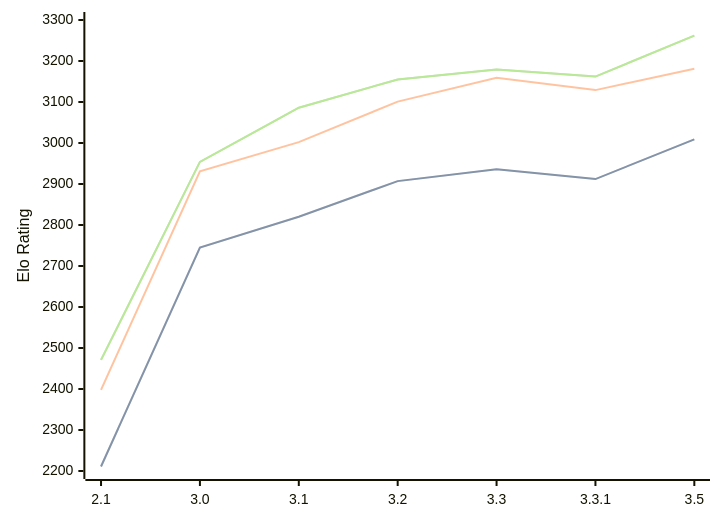
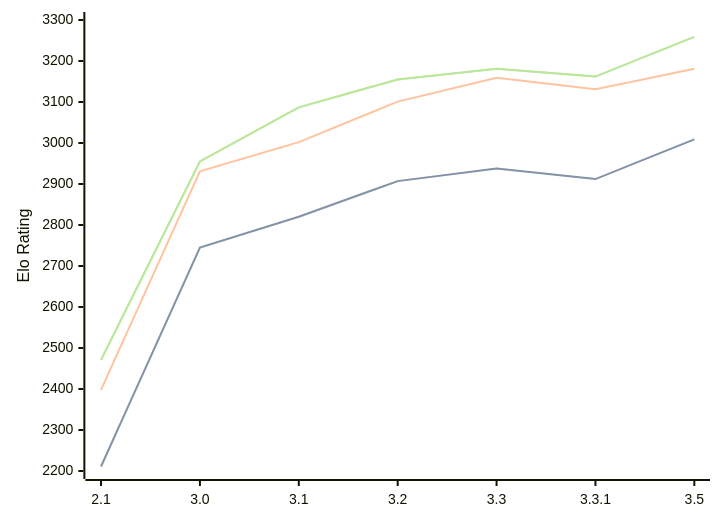
The diagram in engines/Petrel.md (computer-chess-index/cci), drawn with Mermaid before and after one commit. The commit also changed other lines of this file, not shown here.

Commit message:
Update CCI Ratings (ELO VLTC) - 2026-08-05

````diff
--- a/engines/Petrel.md
+++ b/engines/Petrel.md
@@ -46,11 +52,11 @@
 ```mermaid
 %%{init: {"theme":"base","themeVariables":{"seriesColors:['#a3a3a3','#222221','#faa371']}}}%%
 xychart-beta
   x-axis ["2.1", "3.0", "3.1", "3.2", "3.3", "3.3.1", "3.5"]
   y-axis "Elo Rating" 2200 --> 3300
-  line "STC (8.0+0.08s)" [2211, 2745, 2820, 2907, 2936, 2912, 3009]
-  line "STC (8.0+0.08s)" [2211, 2745, 2820, 2907, 2936, 2912, 3009]
-  line "LTC (60.0+0.60s)" [2398, 2931, 3002, 3101, 3159, 3129, 3181]
-  line "VLTC (2m24s+1.12s)" [2471, 2954, 3086, 3155, 3179, 3162, 3262]
-  line "VLTC (2m24s+1.12s)" [2471, 2954, 3086, 3155, 3179, 3162, 3262]
+  line "STC (8.0+0.08s)" [2211, 2745, 2820, 2907, 2938, 2912, 3009]
+  line "STC (8.0+0.08s)" [2211, 2745, 2820, 2907, 2938, 2912, 3009]
+  line "LTC (60.0+0.60s)" [2398, 2931, 3002, 3101, 3159, 3131, 3181]
+  line "VLTC (2m24s+1.12s)" [2471, 2955, 3087, 3155, 3181, 3162, 3259]
+  line "VLTC (2m24s+1.12s)" [2471, 2955, 3087, 3155, 3181, 3162, 3259]
 ```
````
